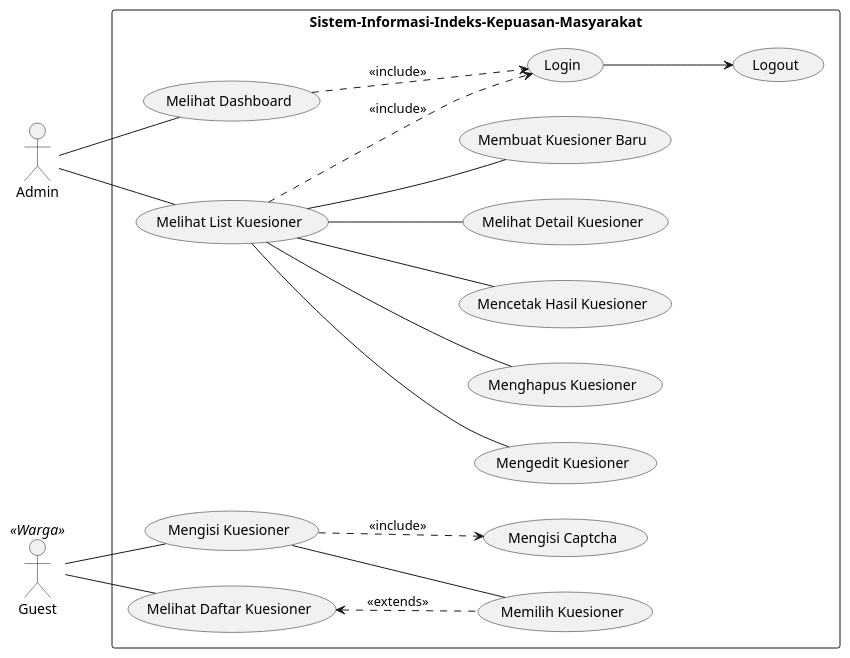
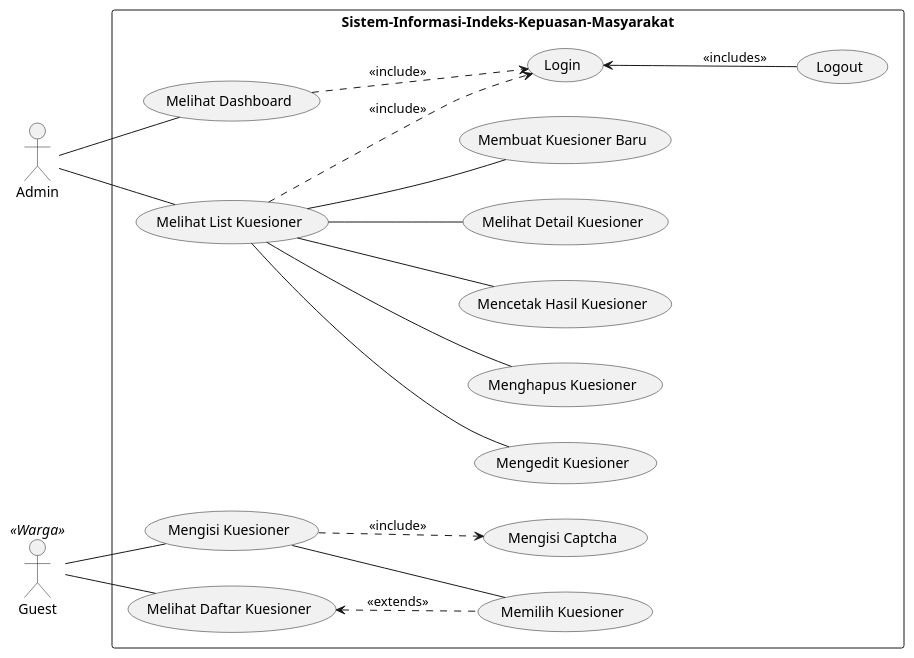
One commit to Churma16/indeks-kepuasan-masyarakat changed the diagram in documentation/useCaseDiagram/useCase.puml. Above: the diagram before and after it, drawn with PlantUML. The commit also changed 5 other files, not shown here.

```diff
--- a/documentation/useCaseDiagram/useCase.puml
+++ b/documentation/useCaseDiagram/useCase.puml
@@ -1,33 +1,33 @@
 @startuml
 
 left to right direction
 skinparam packageStyle rect
 ' skinparam linetype ortho
 
 actor Admin
 actor Guest
 
 rectangle Sistem-Informasi-Indeks-Kepuasan-Masyarakat{
     ' Admin -- (Login)
     ' (Login)--(Melihat Dashboard)
     ' (Login)--(Melihat List Kuesioner)
     Admin -- (Melihat Dashboard)
     Admin -- (Melihat List Kuesioner)
     (Melihat List Kuesioner)--(Melihat Detail Kuesioner)
     (Melihat Dashboard)..>(Login): << include >>
     (Melihat List Kuesioner)..>(Login): << include >>
     (Melihat List Kuesioner)--(Membuat Kuesioner Baru)
     (Melihat List Kuesioner)--(Mengedit Kuesioner)
     (Melihat List Kuesioner)--(Menghapus Kuesioner)
     (Melihat List Kuesioner)--(Mencetak Hasil Kuesioner)
-    (Login)-down->(Logout)
+    (Login)<-down-(Logout): <<includes>>
 
     Guest << Warga >>
     Guest -- (Melihat Daftar Kuesioner)
     (Melihat Daftar Kuesioner) <.. (Memilih Kuesioner): << extends >>
     Guest -- (Mengisi Kuesioner)
     (Memilih Kuesioner) -up- (Mengisi Kuesioner)
     (Mengisi Kuesioner) ..> (Mengisi Captcha): << include >>
 
 }
 @enduml
```
